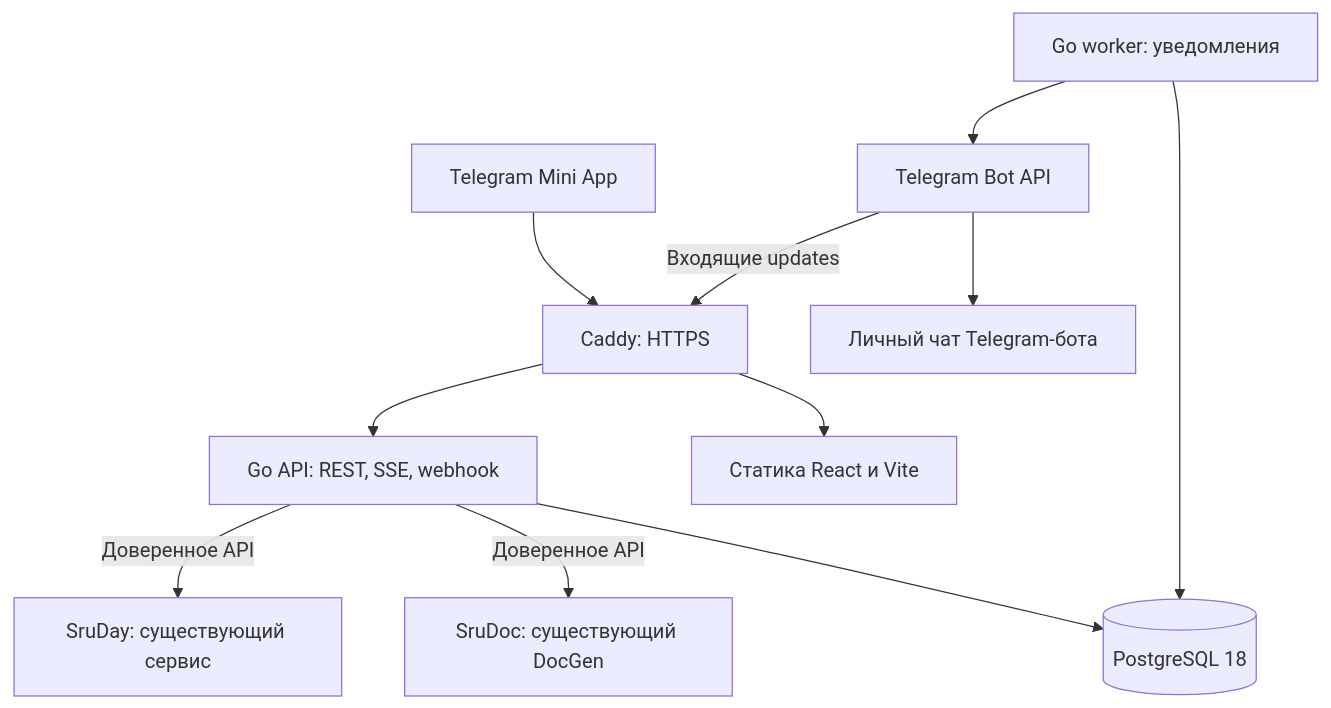
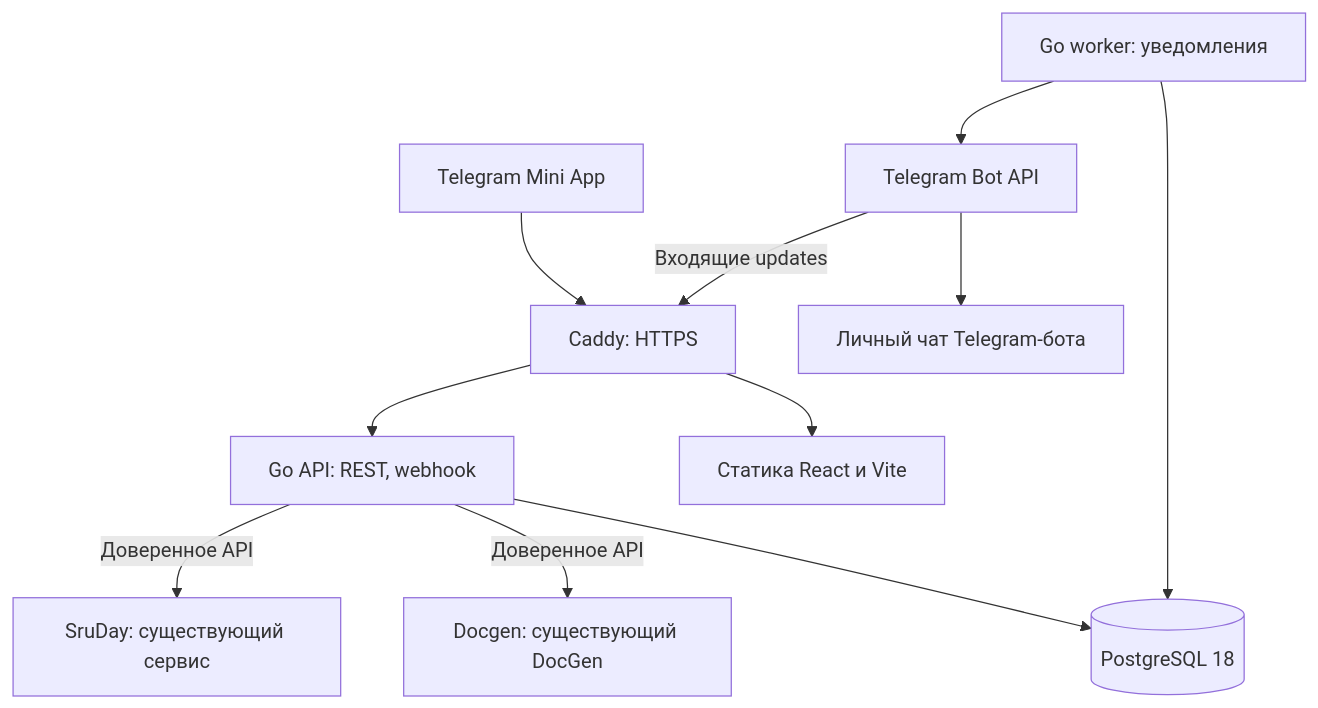
The diagram in docs/06-architecture.md (danii1kq/super-app_telegram-mini-app), drawn with Mermaid before and after one commit. The commit also changed other lines of this file and 11 other files, not shown here.

Commit message:
docs: align super app architecture with feed and calendar navigation

````diff
--- a/docs/06-architecture.md
+++ b/docs/06-architecture.md
@@ -37,23 +37,23 @@
 ```mermaid
 flowchart TB
     M[Telegram Mini App]
     T[Личный чат Telegram-бота]
     C[Caddy: HTTPS]
     F[Статика React и Vite]
-    A[Go API: REST, SSE, webhook]
+    A[Go API: REST, webhook]
     P[(PostgreSQL 18)]
     W[Go worker: уведомления]
     B[Telegram Bot API]
-    D[SruDoc: существующий DocGen]
+    D[Docgen: существующий DocGen]
     Y[SruDay: существующий сервис]
     M --> C
     C --> F
     C --> A
     A --> P
     W --> P
     W --> B
     B --> T
     B -->|Входящие updates| C
     A -->|Доверенное API| D
     A -->|Доверенное API| Y
 ```
````
